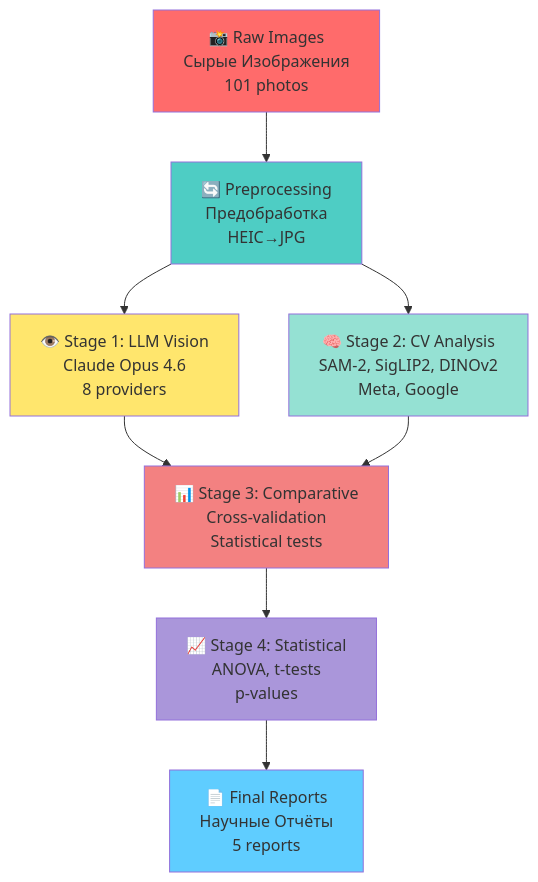
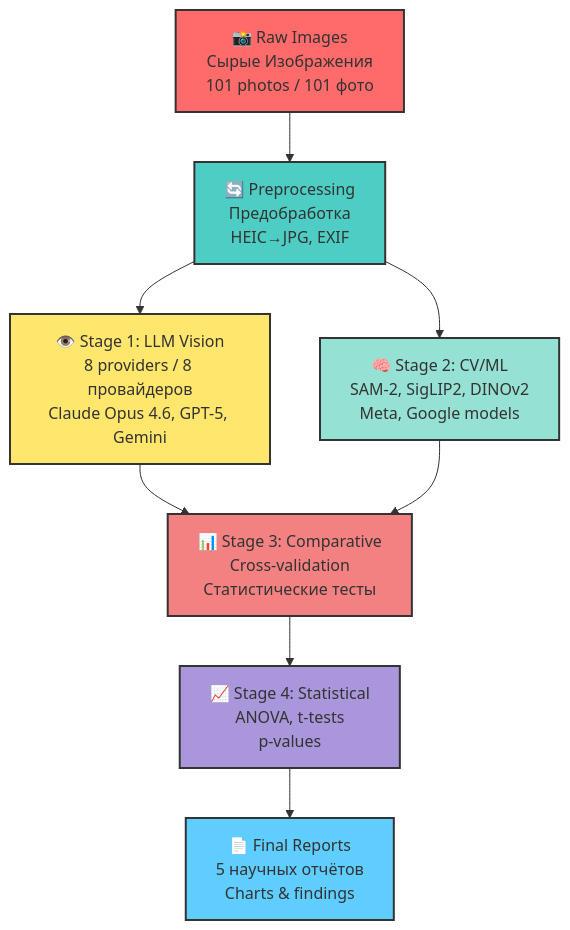
Before and after one commit to AdvancedScientificResearchProjects/HyperbolicField-BloodPlasma-Study: the diagram in ADVANCED_SCIENTIFIC_RESEARCH_PROJECTS/Hyperbolic_Field_BloodPlasma_Study/README.md, drawn with Mermaid. The commit also changed other lines of this file, not shown here.

````diff
--- a/ADVANCED_SCIENTIFIC_RESEARCH_PROJECTS/Hyperbolic_Field_BloodPlasma_Study/README.md
+++ b/ADVANCED_SCIENTIFIC_RESEARCH_PROJECTS/Hyperbolic_Field_BloodPlasma_Study/README.md
@@ -92,18 +114,18 @@
 ```mermaid
 flowchart TD
-    A[📸 Raw Images<br/>Сырые Изображения<br/>101 photos] --> B[🔄 Preprocessing<br/>Предобработка<br/>HEIC→JPG]
-    B --> C[👁️ Stage 1: LLM Vision<br/>Claude Opus 4.6<br/>8 providers]
-    B --> D[🧠 Stage 2: CV Analysis<br/>SAM-2, SigLIP2, DINOv2<br/>Meta, Google]
-    C --> E[📊 Stage 3: Comparative<br/>Cross-validation<br/>Statistical tests]
+    A[📸 Raw Images<br/>Сырые Изображения<br/>101 photos / 101 фото] --> B[🔄 Preprocessing<br/>Предобработка<br/>HEIC→JPG, EXIF]
+    B --> C[👁️ Stage 1: LLM Vision<br/>8 providers / 8 провайдеров<br/>Claude Opus 4.6, GPT-5, Gemini]
+    B --> D[🧠 Stage 2: CV/ML<br/>SAM-2, SigLIP2, DINOv2<br/>Meta, Google models]
+    C --> E[📊 Stage 3: Comparative<br/>Cross-validation<br/>Статистические тесты]
     D --> E
     E --> F[📈 Stage 4: Statistical<br/>ANOVA, t-tests<br/>p-values]
-    F --> G[📄 Final Reports<br/>Научные Отчёты<br/>5 reports]
+    F --> G[📄 Final Reports<br/>5 научных отчётов<br/>Charts & findings]
     
-    style A fill:#ff6b6b
-    style B fill:#4ecdc4
-    style C fill:#ffe66d
-    style D fill:#95e1d3
-    style E fill:#f38181
-    style F fill:#aa96da
-    style G fill:#5fcdff
+    style A fill:#ff6b6b,stroke:#333,stroke-width:2px
+    style B fill:#4ecdc4,stroke:#333,stroke-width:2px
+    style C fill:#ffe66d,stroke:#333,stroke-width:2px
+    style D fill:#95e1d3,stroke:#333,stroke-width:2px
+    style E fill:#f38181,stroke:#333,stroke-width:2px
+    style F fill:#aa96da,stroke:#333,stroke-width:2px
+    style G fill:#5fcdff,stroke:#333,stroke-width:2px
 ```
````
